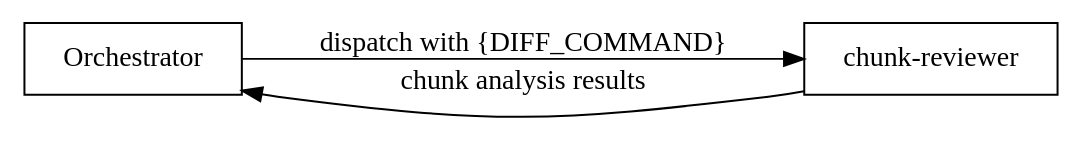
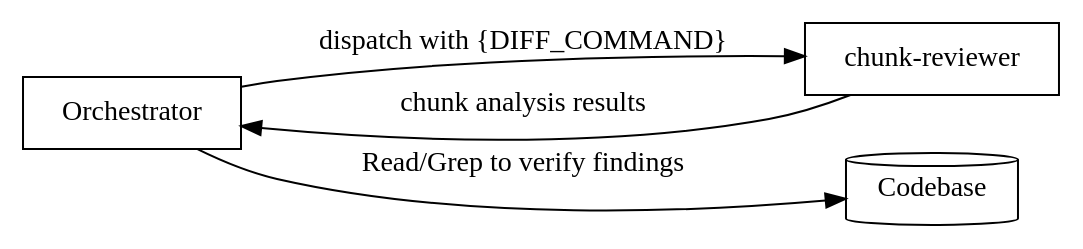
Before and after one commit to toongri/oh-my-toong-playground: the first of 2 diagrams in skills/code-review/SKILL.md, drawn with Graphviz. The commit also changed other lines of this file and 4 other files, not shown here.

````diff
--- a/skills/code-review/SKILL.md
+++ b/skills/code-review/SKILL.md
@@ -44,9 +42,11 @@
 ```dot
 digraph role_separation {
     rankdir=LR;
     "Orchestrator" [shape=box];
     "chunk-reviewer" [shape=box];
+    "Codebase" [shape=cylinder];
     "Orchestrator" -> "chunk-reviewer" [label="dispatch with {DIFF_COMMAND}"];
     "chunk-reviewer" -> "Orchestrator" [label="chunk analysis results"];
+    "Orchestrator" -> "Codebase" [label="Read/Grep to verify findings"];
 }
 ```
````
